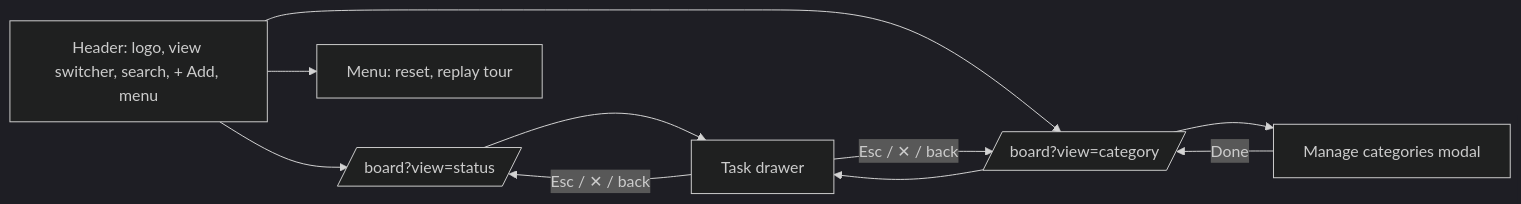
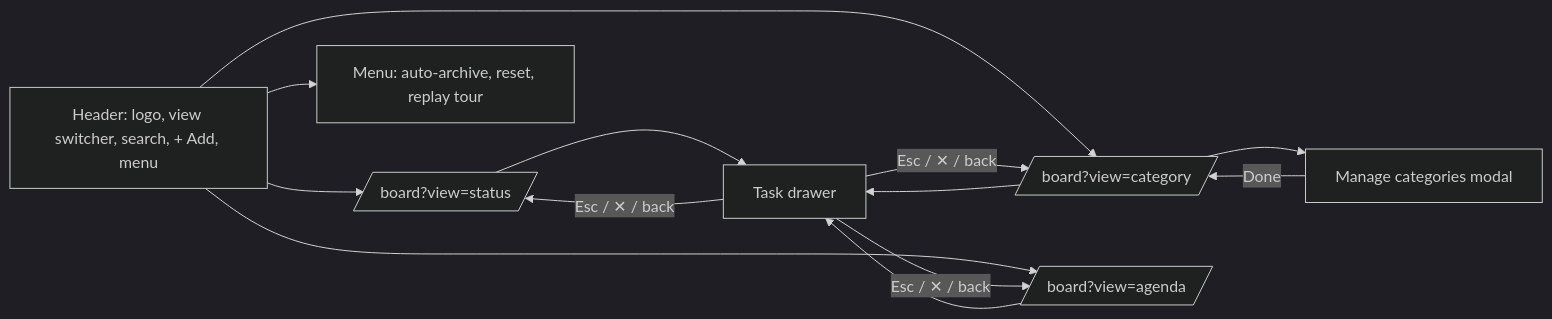
Before and after one commit to Ka1eidosc0pe/kanban-todo: the third of 3 diagrams in README.md, drawn with Mermaid (dark theme). The commit also changed other lines of this file and 2 other files, not shown here.

````diff
--- a/README.md
+++ b/README.md
@@ -92,12 +99,15 @@
 ```mermaid
 flowchart LR
     H[Header: logo, view switcher, search, + Add, menu] --> BS[/board?view=status/]
     H --> BC[/board?view=category/]
+    H --> BA[/board?view=agenda/]
     BS --> TD[Task drawer]
     BC --> TD
+    BA --> TD
     BC --> CM[Manage categories modal]
-    H --> MENU[Menu: reset, replay tour]
+    H --> MENU[Menu: auto-archive, reset, replay tour]
     TD -->|Esc / ✕ / back| BS
     TD -->|Esc / ✕ / back| BC
+    TD -->|Esc / ✕ / back| BA
     CM -->|Done| BC
 ```
````
